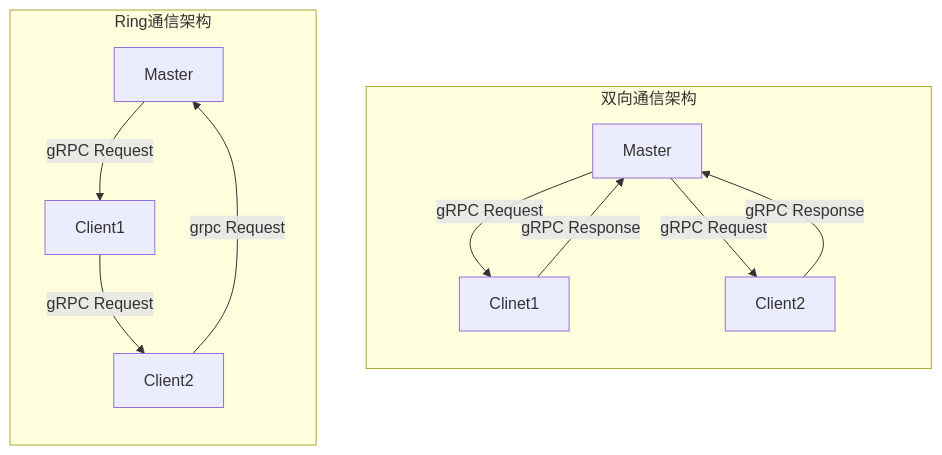
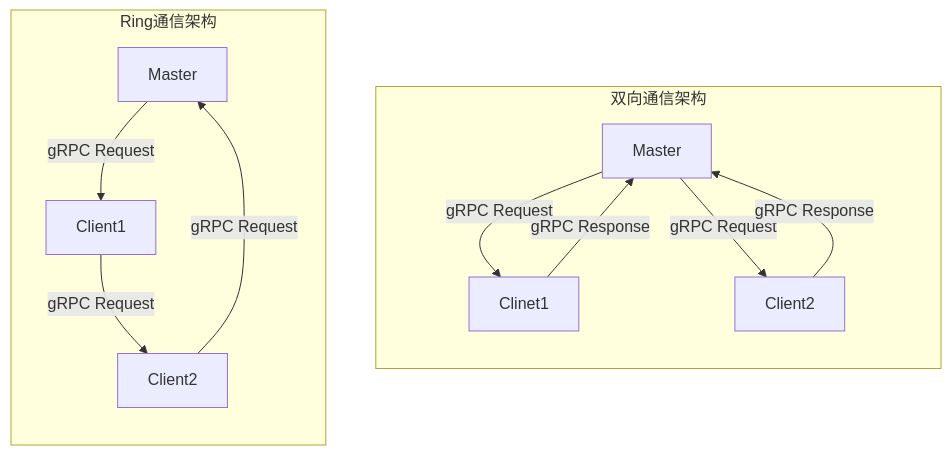
The third of 3 diagrams in OLD_README_V2.md (wnma3mz/tLLM), drawn with Mermaid before and after one commit. The commit also changed 11 other files, not shown here.

````diff
--- a/OLD_README_V2.md
+++ b/OLD_README_V2.md
@@ -116,17 +116,17 @@
 ```mermaid
 flowchart TB
     subgraph Current["双向通信架构"]
         direction TB
         A1[Master] -->|gRPC Request| B1[Client1]
         B1[Clinet1] -->|gRPC Response| A1[Master]
         A1[Master] -->|gRPC Request| C1[Client2]
         C1[Client2] -->|gRPC Response| A1[Master]
     end
 
     subgraph Desired["Ring通信架构"]
         direction TB
         A[Master] -->|gRPC Request| B2[Client1]
         B2[Client1] -->|gRPC Request| C2[Client2]
-        C2[Client2] -->|grpc Request| A[Master]
+        C2[Client2] -->|gRPC Request| A[Master]
     end
 ```
````
